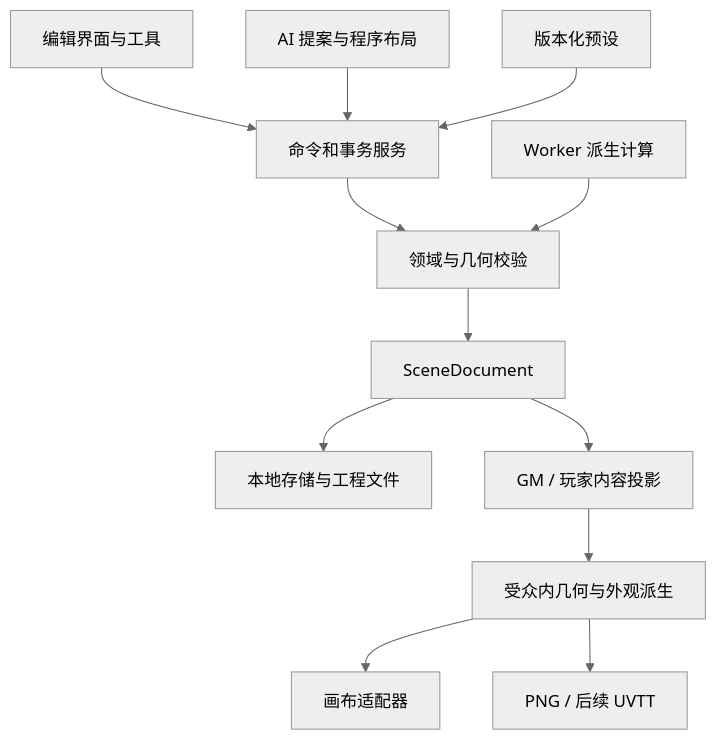
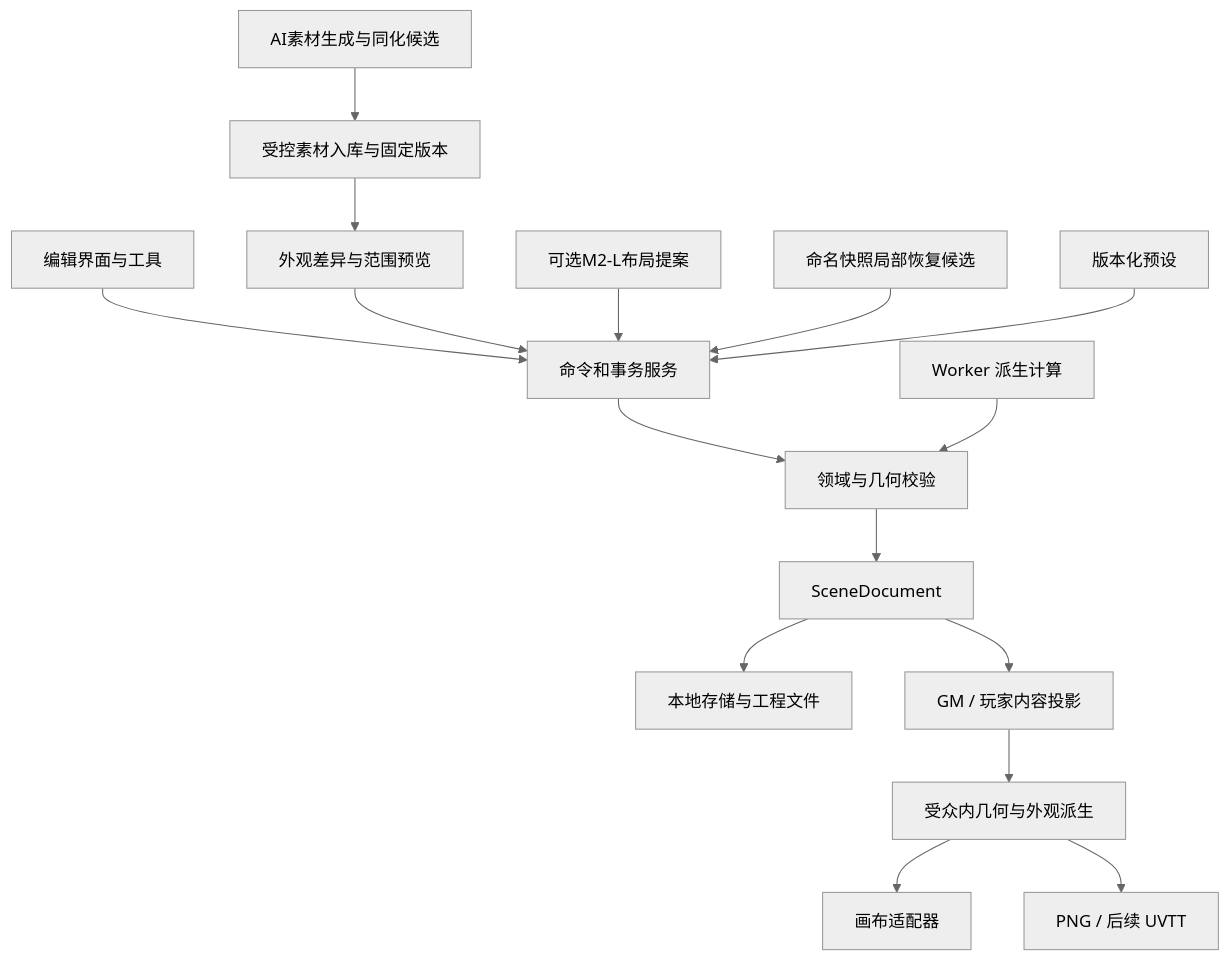
One commit to WoJiSama/sceneweave changed the diagram in docs/03-architecture.md. Above: the diagram before and after it, drawn with Mermaid (neutral theme). The commit also changed other lines of this file and 250 other files, not shown here.

First line of the commit message:
docs: record C1 validation and updated delivery roadmap

````diff
--- a/docs/03-architecture.md
+++ b/docs/03-architecture.md
@@ -46,14 +58,18 @@
 ```mermaid
 flowchart TD
     UI[编辑界面与工具] --> CMD[命令和事务服务]
-    AI[AI 提案与程序布局] --> CMD
+    AI[AI素材生成与同化候选] --> ASSET[受控素材入库与固定版本]
+    ASSET --> PREVIEW[外观差异与范围预览]
+    PREVIEW --> CMD
+    LAYOUT[可选M2-L布局提案] --> CMD
+    RESTORE[命名快照局部恢复候选] --> CMD
     CMD --> VALIDATE[领域与几何校验]
     VALIDATE --> DOC[SceneDocument]
     DOC --> SAVE[本地存储与工程文件]
     DOC --> PROJECT[GM / 玩家内容投影]
     PROJECT --> DERIVE[受众内几何与外观派生]
     DERIVE --> VIEW[画布适配器]
     DERIVE --> EXPORT[PNG / 后续 UVTT]
     PRESET[版本化预设] --> CMD
     WORKER[Worker 派生计算] --> VALIDATE
 ```
````
